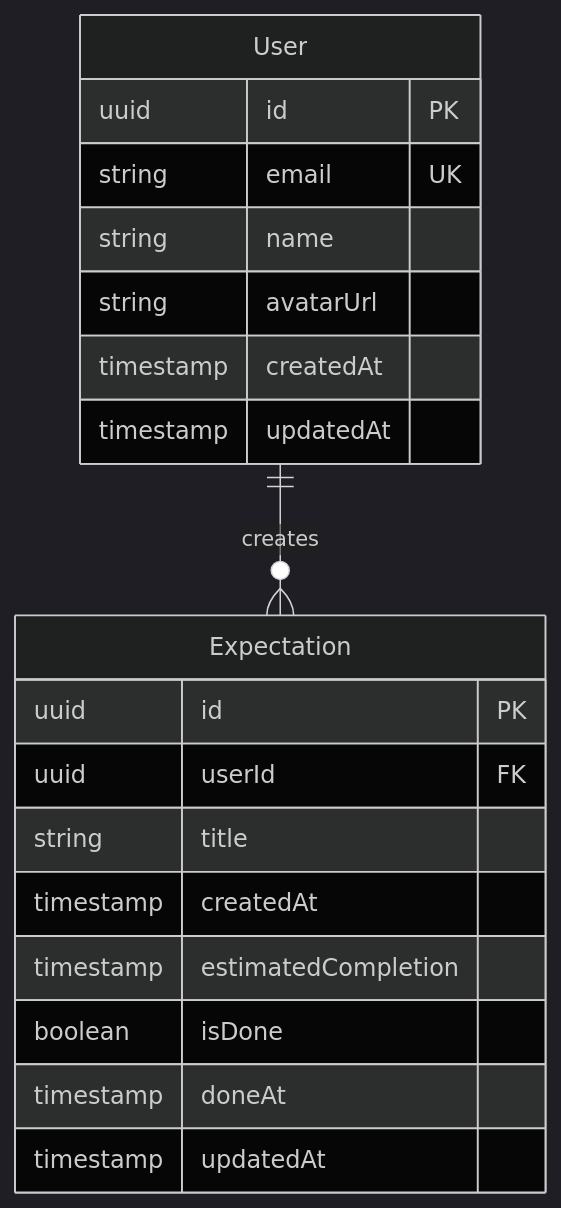
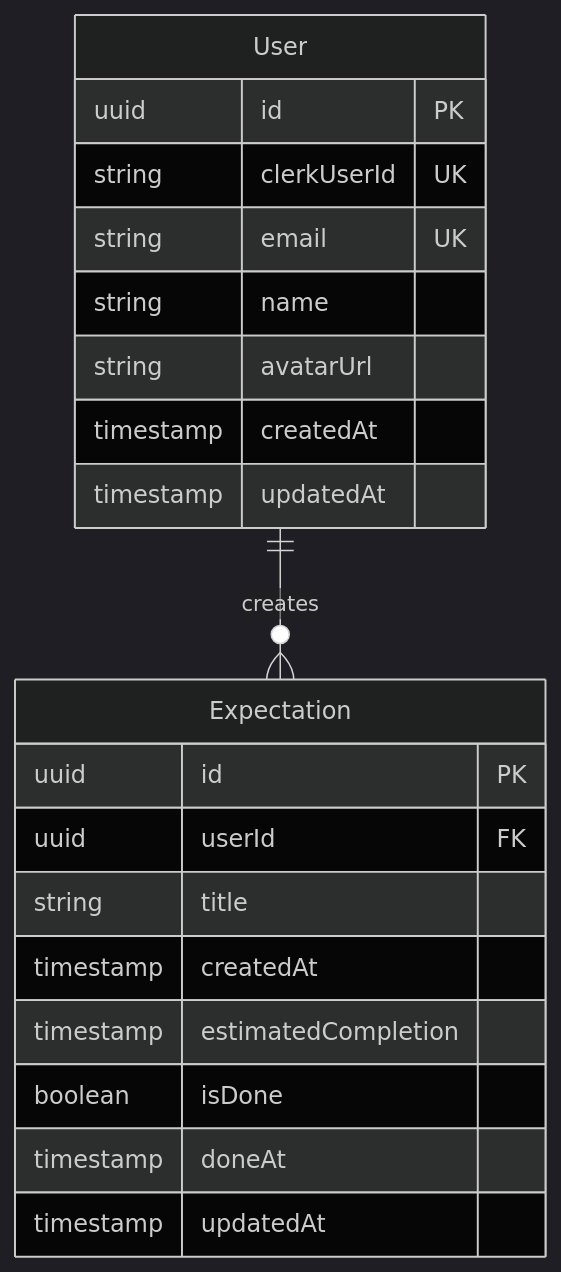
Before and after one commit to kindcreator/awesome-remote-teams-expectations: the diagram in docs/datamodel/architecture.md, drawn with Mermaid (dark theme). The commit also changed other lines of this file and 30 other files, not shown here.

````diff
--- a/docs/datamodel/architecture.md
+++ b/docs/datamodel/architecture.md
@@ -5,22 +5,23 @@
 ```mermaid
 erDiagram
     User ||--o{ Expectation : creates
     User {
         uuid id PK
+        string clerkUserId UK
         string email UK
         string name
         string avatarUrl
         timestamp createdAt
         timestamp updatedAt
     }
     Expectation {
         uuid id PK
         uuid userId FK
         string title
         timestamp createdAt
         timestamp estimatedCompletion
         boolean isDone
         timestamp doneAt
         timestamp updatedAt
     }
 ```
````
